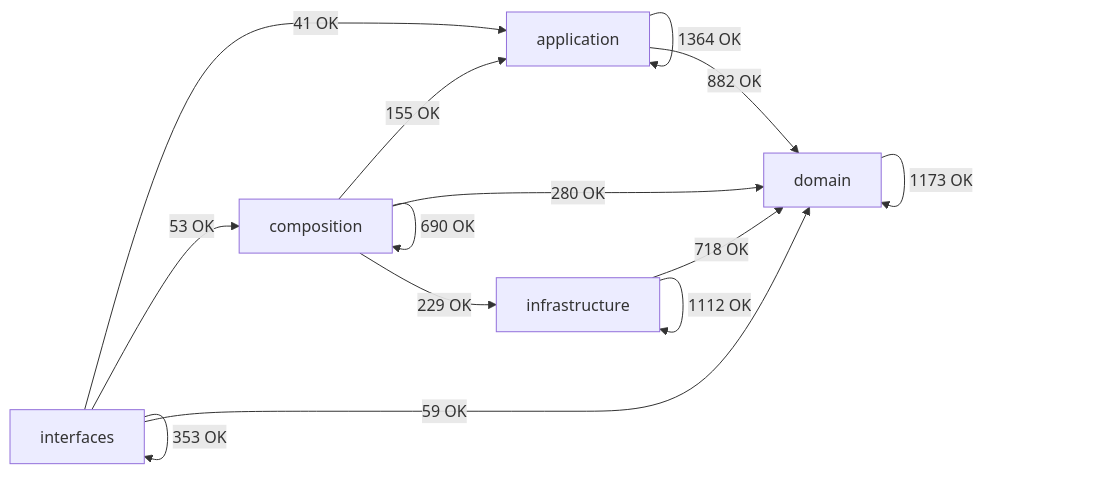
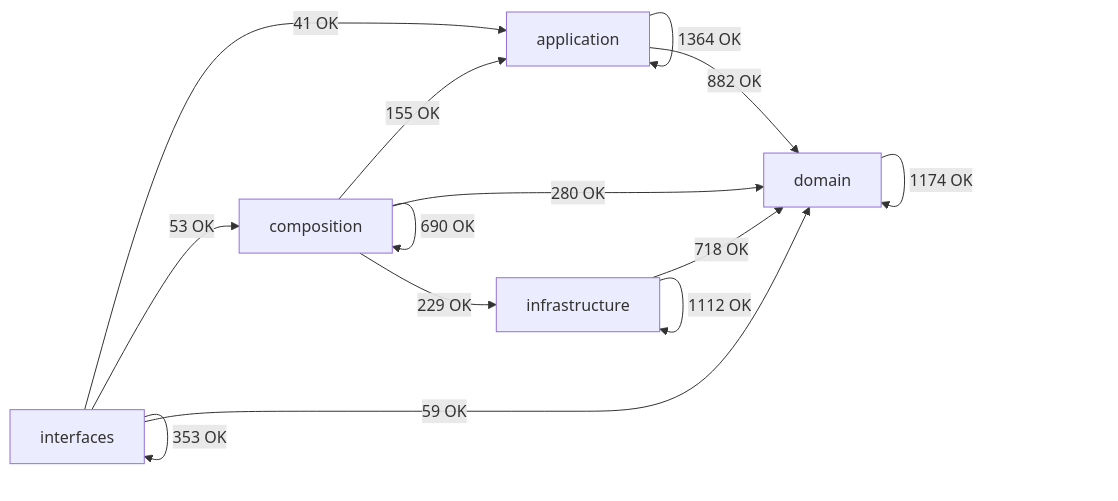
The diagram in docs/02-architecture/generated/module-dependency-map.md (SatoryKono/BioactivityDataAcquisition), drawn with Mermaid before and after one commit. The commit also changed other lines of this file and 13 other files, not shown here.

````diff
--- a/docs/02-architecture/generated/module-dependency-map.md
+++ b/docs/02-architecture/generated/module-dependency-map.md
@@ -17,21 +17,21 @@
 ```mermaid
 flowchart LR
     domain[domain]
     application[application]
     infrastructure[infrastructure]
     composition[composition]
     interfaces[interfaces]
     application -->|1364 OK| application
     application -->|882 OK| domain
     composition -->|155 OK| application
     composition -->|690 OK| composition
     composition -->|280 OK| domain
     composition -->|229 OK| infrastructure
-    domain -->|1173 OK| domain
+    domain -->|1174 OK| domain
     infrastructure -->|718 OK| domain
     infrastructure -->|1112 OK| infrastructure
     interfaces -->|41 OK| application
     interfaces -->|53 OK| composition
     interfaces -->|59 OK| domain
     interfaces -->|353 OK| interfaces
 ```
````
